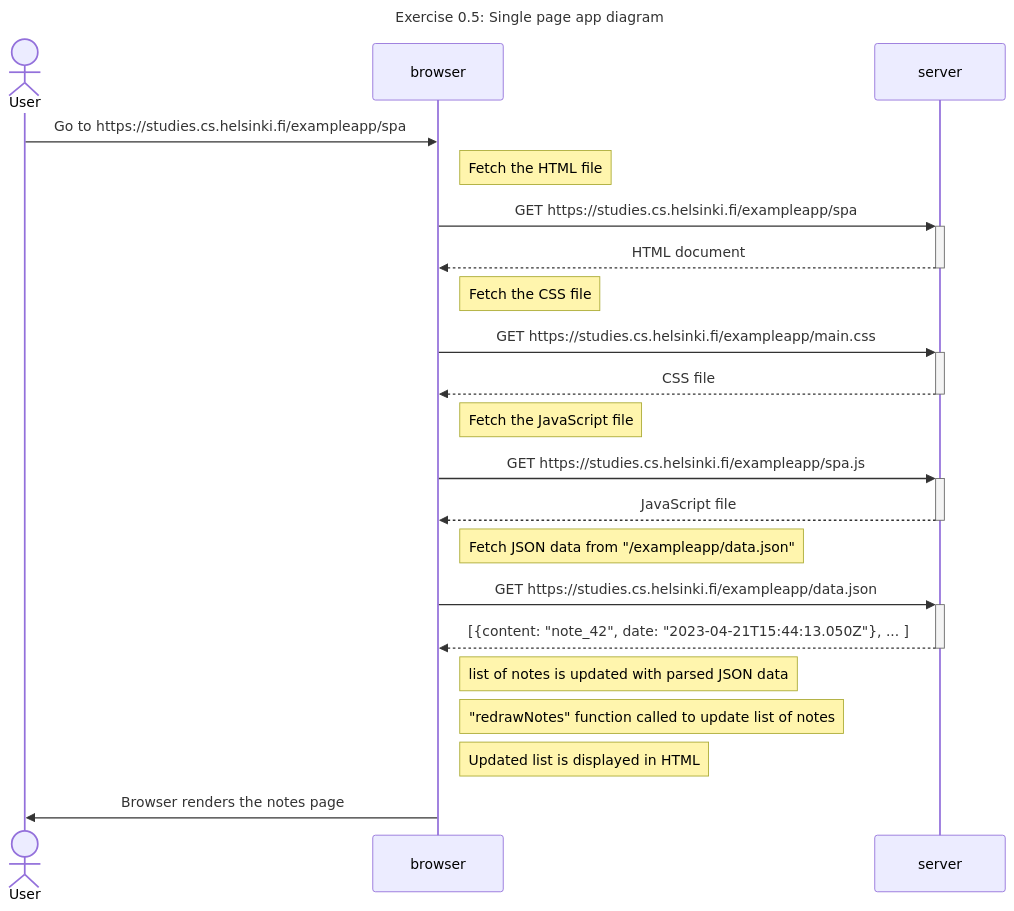
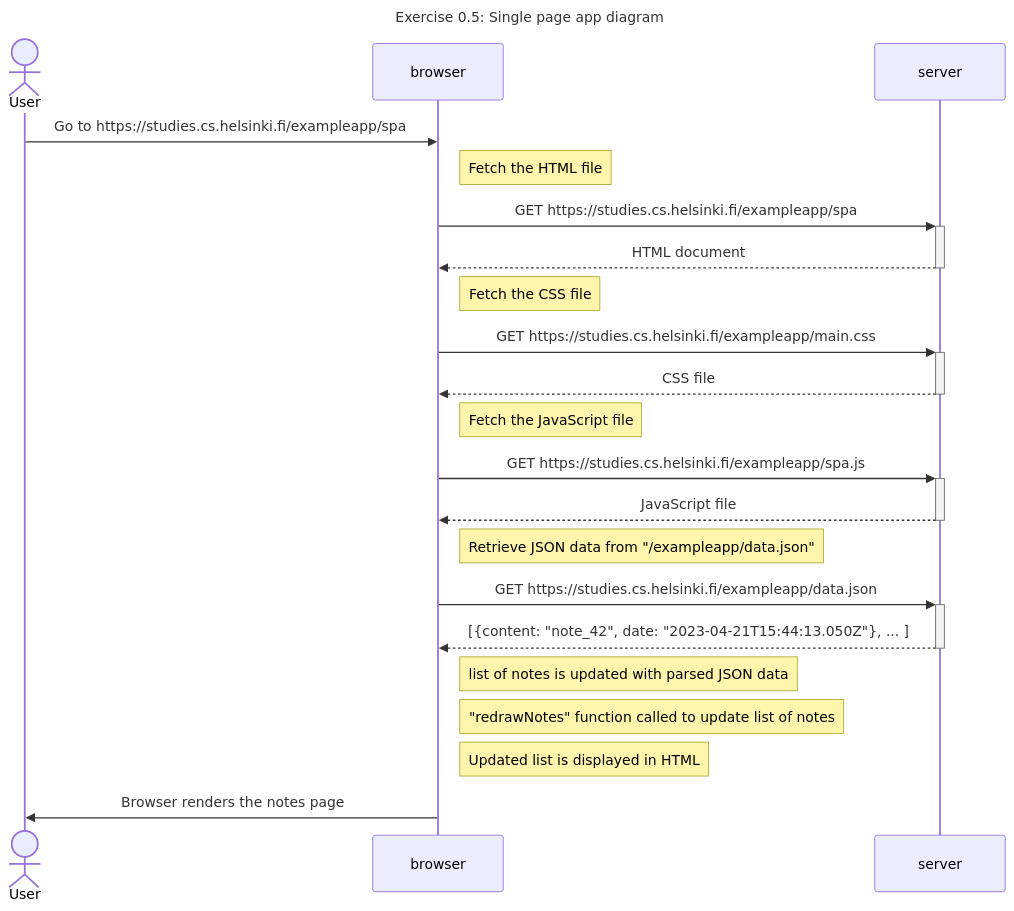
The diagram in part0/0.5_SinglePageAppDiagram.md (azriel-stephen/fullstack-open), drawn with Mermaid before and after one commit.

Commit message:
wording change for 0.5

````diff
--- a/part0/0.5_SinglePageAppDiagram.md
+++ b/part0/0.5_SinglePageAppDiagram.md
@@ -1,26 +1,26 @@
 ```mermaid
 sequenceDiagram
     title: Exercise 0.5: Single page app diagram
     actor User
     User ->> browser: Go to https://studies.cs.helsinki.fi/exampleapp/spa
 
     note right of browser: Fetch the HTML file
     browser->>+server: GET https://studies.cs.helsinki.fi/exampleapp/spa
     server-->>-browser: HTML document
 
     note right of browser: Fetch the CSS file
     browser->>+server: GET https://studies.cs.helsinki.fi/exampleapp/main.css
     server-->>-browser: CSS file
 
     note right of browser: Fetch the JavaScript file
     browser->>+server: GET https://studies.cs.helsinki.fi/exampleapp/spa.js
     server-->>-browser: JavaScript file
 
-    Note right of browser: Fetch JSON data from "/exampleapp/data.json"
+    Note right of browser: Retrieve JSON data from "/exampleapp/data.json"
     browser->>+server: GET https://studies.cs.helsinki.fi/exampleapp/data.json
     server-->>-browser: [{content: "note_42", date: "2023-04-21T15:44:13.050Z"}, ... ]
     Note right of browser: list of notes is updated with parsed JSON data
     Note right of browser: "redrawNotes" function called to update list of notes
     Note right of browser: Updated list is displayed in HTML
     browser->> User: Browser renders the notes page
 ```
````
